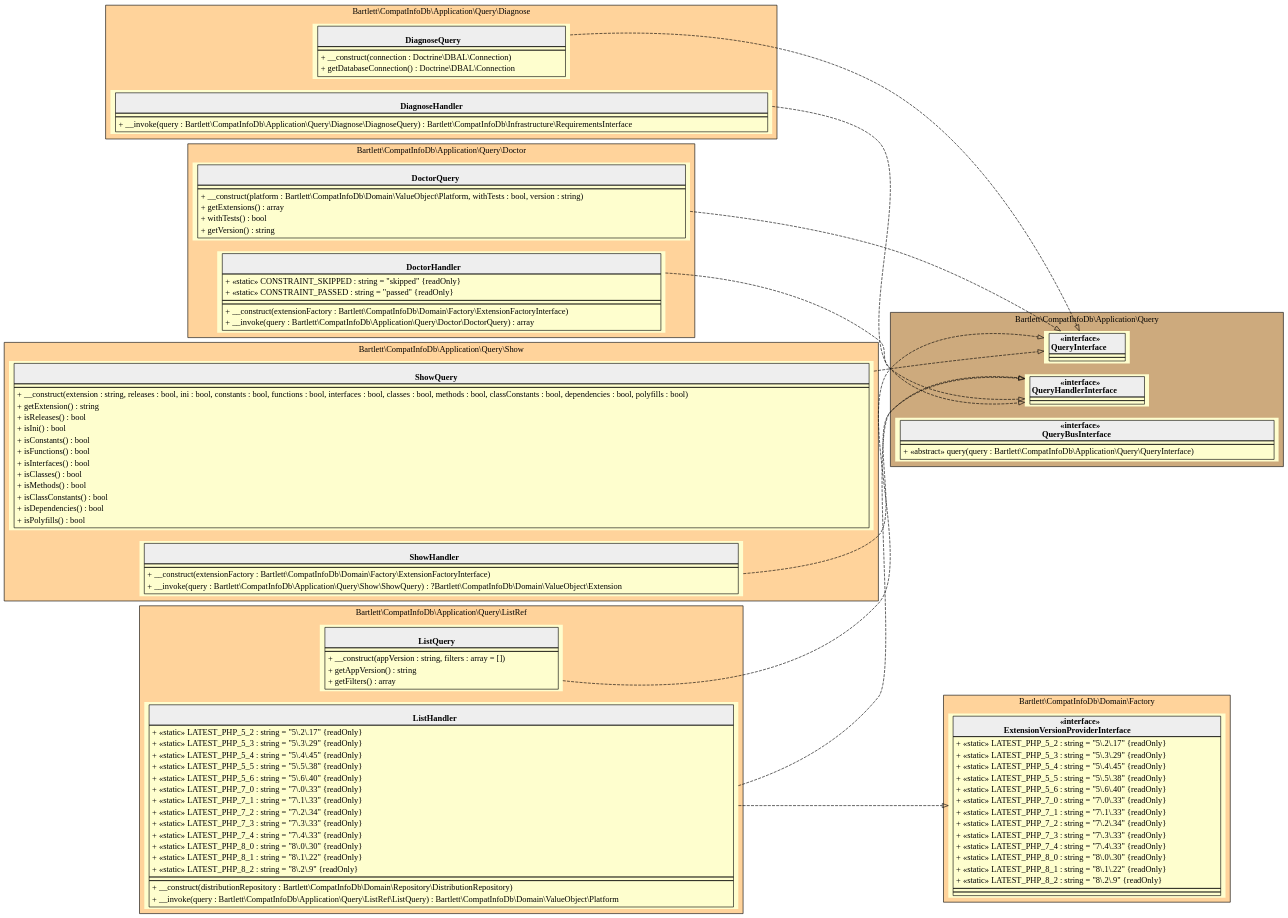
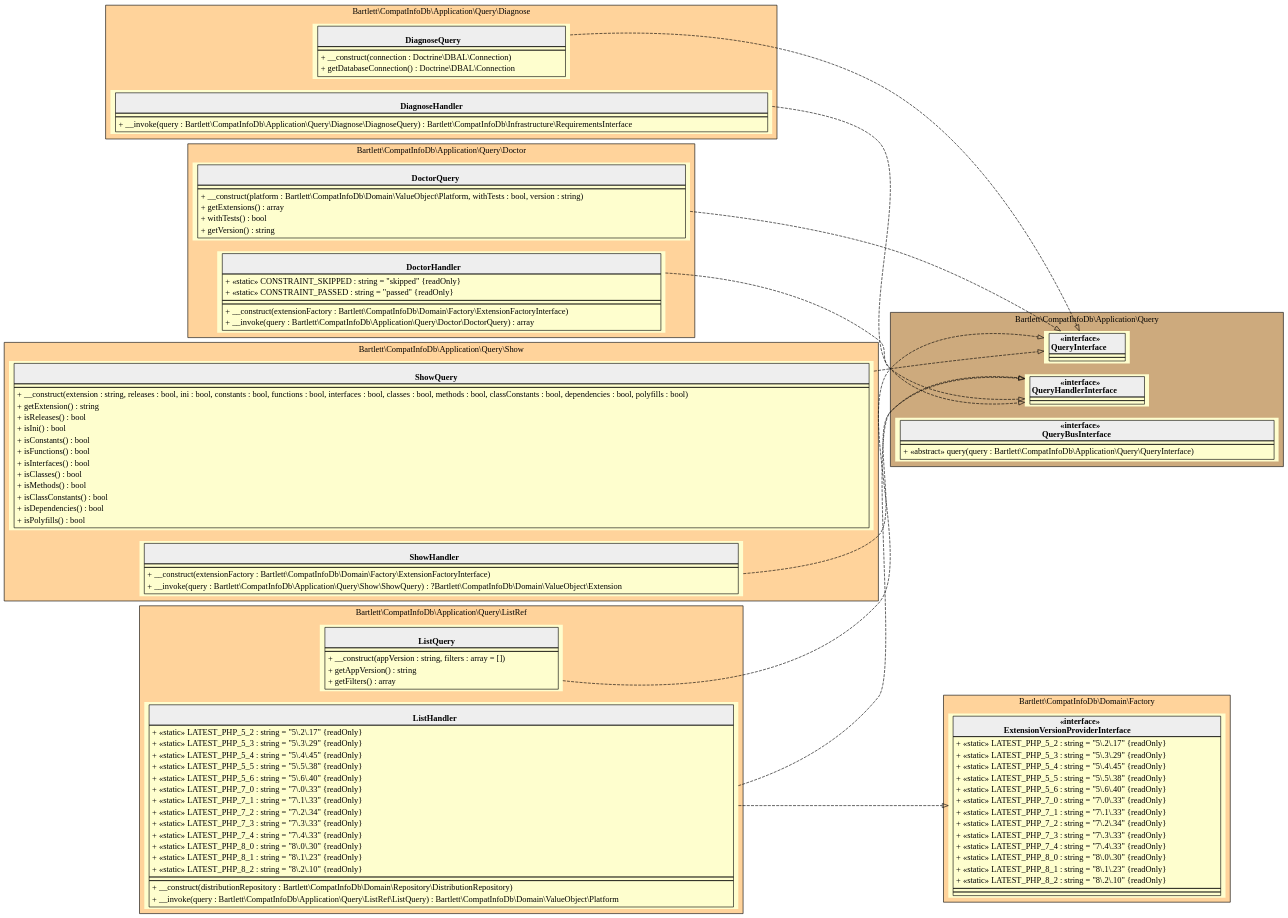
Before and after one commit to llaville/php-compatinfo-db: the diagram in 5.x/assets/images/application-query.html.gv, drawn with Graphviz. The commit also changed 30 other files, not shown here.

```diff
--- a/5.x/assets/images/application-query.html.gv
+++ b/5.x/assets/images/application-query.html.gv
@@ -1,181 +1,181 @@
 digraph {
   graph [rankdir="LR" bgcolor="transparent"]
   node [fillcolor="#FEFECE" style="filled"]
   subgraph cluster_0 {
     graph [bgcolor="burlywood1"]
     label = "Bartlett\\CompatInfoDb\\Application\\Query\\Diagnose"
     "Bartlett\\CompatInfoDb\\Application\\Query\\Diagnose\\DiagnoseQuery" [shape="none" label=<
 <table cellspacing="0" border="0" cellborder="1">
     <tr><td bgcolor="#eeeeee"><b><br/>DiagnoseQuery</b></td></tr>
     <tr><td></td></tr>
     <tr><td><table border="0" cellspacing="0" cellpadding="2">
     <tr><td align="left">+ __construct(connection : Doctrine\\DBAL\\Connection)</td></tr>
     <tr><td align="left">+ getDatabaseConnection() : Doctrine\\DBAL\\Connection</td></tr>
 </table></td></tr>
 </table>>]
     "Bartlett\\CompatInfoDb\\Application\\Query\\Diagnose\\DiagnoseHandler" [shape="none" label=<
 <table cellspacing="0" border="0" cellborder="1">
     <tr><td bgcolor="#eeeeee"><b><br/>DiagnoseHandler</b></td></tr>
     <tr><td></td></tr>
     <tr><td><table border="0" cellspacing="0" cellpadding="2">
     <tr><td align="left">+ __invoke(query : Bartlett\\CompatInfoDb\\Application\\Query\\Diagnose\\DiagnoseQuery) : Bartlett\\CompatInfoDb\\Infrastructure\\RequirementsInterface</td></tr>
 </table></td></tr>
 </table>>]
   }
   subgraph cluster_1 {
     graph [bgcolor="burlywood3"]
     label = "Bartlett\\CompatInfoDb\\Application\\Query"
     "Bartlett\\CompatInfoDb\\Application\\Query\\QueryInterface" [shape="none" label=<
 <table cellspacing="0" border="0" cellborder="1">
     <tr><td bgcolor="#eeeeee"><b>«interface»<br/>QueryInterface</b></td></tr>
     <tr><td></td></tr>
     <tr><td></td></tr>
 </table>>]
     "Bartlett\\CompatInfoDb\\Application\\Query\\QueryHandlerInterface" [shape="none" label=<
 <table cellspacing="0" border="0" cellborder="1">
     <tr><td bgcolor="#eeeeee"><b>«interface»<br/>QueryHandlerInterface</b></td></tr>
     <tr><td></td></tr>
     <tr><td></td></tr>
 </table>>]
     "Bartlett\\CompatInfoDb\\Application\\Query\\QueryBusInterface" [shape="none" label=<
 <table cellspacing="0" border="0" cellborder="1">
     <tr><td bgcolor="#eeeeee"><b>«interface»<br/>QueryBusInterface</b></td></tr>
     <tr><td></td></tr>
     <tr><td><table border="0" cellspacing="0" cellpadding="2">
     <tr><td align="left">+ «abstract» query(query : Bartlett\\CompatInfoDb\\Application\\Query\\QueryInterface)</td></tr>
 </table></td></tr>
 </table>>]
   }
   subgraph cluster_2 {
     graph [bgcolor="burlywood1"]
     label = "Bartlett\\CompatInfoDb\\Application\\Query\\Doctor"
     "Bartlett\\CompatInfoDb\\Application\\Query\\Doctor\\DoctorQuery" [shape="none" label=<
 <table cellspacing="0" border="0" cellborder="1">
     <tr><td bgcolor="#eeeeee"><b><br/>DoctorQuery</b></td></tr>
     <tr><td></td></tr>
     <tr><td><table border="0" cellspacing="0" cellpadding="2">
     <tr><td align="left">+ __construct(platform : Bartlett\\CompatInfoDb\\Domain\\ValueObject\\Platform, withTests : bool, version : string)</td></tr>
     <tr><td align="left">+ getExtensions() : array</td></tr>
     <tr><td align="left">+ withTests() : bool</td></tr>
     <tr><td align="left">+ getVersion() : string</td></tr>
 </table></td></tr>
 </table>>]
     "Bartlett\\CompatInfoDb\\Application\\Query\\Doctor\\DoctorHandler" [shape="none" label=<
 <table cellspacing="0" border="0" cellborder="1">
     <tr><td bgcolor="#eeeeee"><b><br/>DoctorHandler</b></td></tr>
     <tr><td><table border="0" cellspacing="0" cellpadding="2">
     <tr><td align="left">+ «static» CONSTRAINT_SKIPPED : string = "skipped" {readOnly}</td></tr>
     <tr><td align="left">+ «static» CONSTRAINT_PASSED : string = "passed" {readOnly}</td></tr>
 </table></td></tr>
     <tr><td></td></tr>
     <tr><td><table border="0" cellspacing="0" cellpadding="2">
     <tr><td align="left">+ __construct(extensionFactory : Bartlett\\CompatInfoDb\\Domain\\Factory\\ExtensionFactoryInterface)</td></tr>
     <tr><td align="left">+ __invoke(query : Bartlett\\CompatInfoDb\\Application\\Query\\Doctor\\DoctorQuery) : array</td></tr>
 </table></td></tr>
 </table>>]
   }
   subgraph cluster_3 {
     graph [bgcolor="burlywood1"]
     label = "Bartlett\\CompatInfoDb\\Application\\Query\\ListRef"
     "Bartlett\\CompatInfoDb\\Application\\Query\\ListRef\\ListQuery" [shape="none" label=<
 <table cellspacing="0" border="0" cellborder="1">
     <tr><td bgcolor="#eeeeee"><b><br/>ListQuery</b></td></tr>
     <tr><td></td></tr>
     <tr><td><table border="0" cellspacing="0" cellpadding="2">
     <tr><td align="left">+ __construct(appVersion : string, filters : array = [])</td></tr>
     <tr><td align="left">+ getAppVersion() : string</td></tr>
     <tr><td align="left">+ getFilters() : array</td></tr>
 </table></td></tr>
 </table>>]
     "Bartlett\\CompatInfoDb\\Application\\Query\\ListRef\\ListHandler" [shape="none" label=<
 <table cellspacing="0" border="0" cellborder="1">
     <tr><td bgcolor="#eeeeee"><b><br/>ListHandler</b></td></tr>
     <tr><td><table border="0" cellspacing="0" cellpadding="2">
     <tr><td align="left">+ «static» LATEST_PHP_5_2 : string = "5\.2\.17" {readOnly}</td></tr>
     <tr><td align="left">+ «static» LATEST_PHP_5_3 : string = "5\.3\.29" {readOnly}</td></tr>
     <tr><td align="left">+ «static» LATEST_PHP_5_4 : string = "5\.4\.45" {readOnly}</td></tr>
     <tr><td align="left">+ «static» LATEST_PHP_5_5 : string = "5\.5\.38" {readOnly}</td></tr>
     <tr><td align="left">+ «static» LATEST_PHP_5_6 : string = "5\.6\.40" {readOnly}</td></tr>
     <tr><td align="left">+ «static» LATEST_PHP_7_0 : string = "7\.0\.33" {readOnly}</td></tr>
     <tr><td align="left">+ «static» LATEST_PHP_7_1 : string = "7\.1\.33" {readOnly}</td></tr>
     <tr><td align="left">+ «static» LATEST_PHP_7_2 : string = "7\.2\.34" {readOnly}</td></tr>
     <tr><td align="left">+ «static» LATEST_PHP_7_3 : string = "7\.3\.33" {readOnly}</td></tr>
     <tr><td align="left">+ «static» LATEST_PHP_7_4 : string = "7\.4\.33" {readOnly}</td></tr>
     <tr><td align="left">+ «static» LATEST_PHP_8_0 : string = "8\.0\.30" {readOnly}</td></tr>
-    <tr><td align="left">+ «static» LATEST_PHP_8_1 : string = "8\.1\.22" {readOnly}</td></tr>
-    <tr><td align="left">+ «static» LATEST_PHP_8_2 : string = "8\.2\.9" {readOnly}</td></tr>
+    <tr><td align="left">+ «static» LATEST_PHP_8_1 : string = "8\.1\.23" {readOnly}</td></tr>
+    <tr><td align="left">+ «static» LATEST_PHP_8_2 : string = "8\.2\.10" {readOnly}</td></tr>
 </table></td></tr>
     <tr><td></td></tr>
     <tr><td><table border="0" cellspacing="0" cellpadding="2">
     <tr><td align="left">+ __construct(distributionRepository : Bartlett\\CompatInfoDb\\Domain\\Repository\\DistributionRepository)</td></tr>
     <tr><td align="left">+ __invoke(query : Bartlett\\CompatInfoDb\\Application\\Query\\ListRef\\ListQuery) : Bartlett\\CompatInfoDb\\Domain\\ValueObject\\Platform</td></tr>
 </table></td></tr>
 </table>>]
   }
   subgraph cluster_4 {
     graph [bgcolor="burlywood1"]
     label = "Bartlett\\CompatInfoDb\\Domain\\Factory"
     "Bartlett\\CompatInfoDb\\Domain\\Factory\\ExtensionVersionProviderInterface" [shape="none" label=<
 <table cellspacing="0" border="0" cellborder="1">
     <tr><td bgcolor="#eeeeee"><b>«interface»<br/>ExtensionVersionProviderInterface</b></td></tr>
     <tr><td><table border="0" cellspacing="0" cellpadding="2">
     <tr><td align="left">+ «static» LATEST_PHP_5_2 : string = "5\.2\.17" {readOnly}</td></tr>
     <tr><td align="left">+ «static» LATEST_PHP_5_3 : string = "5\.3\.29" {readOnly}</td></tr>
     <tr><td align="left">+ «static» LATEST_PHP_5_4 : string = "5\.4\.45" {readOnly}</td></tr>
     <tr><td align="left">+ «static» LATEST_PHP_5_5 : string = "5\.5\.38" {readOnly}</td></tr>
     <tr><td align="left">+ «static» LATEST_PHP_5_6 : string = "5\.6\.40" {readOnly}</td></tr>
     <tr><td align="left">+ «static» LATEST_PHP_7_0 : string = "7\.0\.33" {readOnly}</td></tr>
     <tr><td align="left">+ «static» LATEST_PHP_7_1 : string = "7\.1\.33" {readOnly}</td></tr>
     <tr><td align="left">+ «static» LATEST_PHP_7_2 : string = "7\.2\.34" {readOnly}</td></tr>
     <tr><td align="left">+ «static» LATEST_PHP_7_3 : string = "7\.3\.33" {readOnly}</td></tr>
     <tr><td align="left">+ «static» LATEST_PHP_7_4 : string = "7\.4\.33" {readOnly}</td></tr>
     <tr><td align="left">+ «static» LATEST_PHP_8_0 : string = "8\.0\.30" {readOnly}</td></tr>
-    <tr><td align="left">+ «static» LATEST_PHP_8_1 : string = "8\.1\.22" {readOnly}</td></tr>
-    <tr><td align="left">+ «static» LATEST_PHP_8_2 : string = "8\.2\.9" {readOnly}</td></tr>
+    <tr><td align="left">+ «static» LATEST_PHP_8_1 : string = "8\.1\.23" {readOnly}</td></tr>
+    <tr><td align="left">+ «static» LATEST_PHP_8_2 : string = "8\.2\.10" {readOnly}</td></tr>
 </table></td></tr>
     <tr><td></td></tr>
     <tr><td></td></tr>
 </table>>]
   }
   subgraph cluster_5 {
     graph [bgcolor="burlywood1"]
     label = "Bartlett\\CompatInfoDb\\Application\\Query\\Show"
     "Bartlett\\CompatInfoDb\\Application\\Query\\Show\\ShowQuery" [shape="none" label=<
 <table cellspacing="0" border="0" cellborder="1">
     <tr><td bgcolor="#eeeeee"><b><br/>ShowQuery</b></td></tr>
     <tr><td></td></tr>
     <tr><td><table border="0" cellspacing="0" cellpadding="2">
     <tr><td align="left">+ __construct(extension : string, releases : bool, ini : bool, constants : bool, functions : bool, interfaces : bool, classes : bool, methods : bool, classConstants : bool, dependencies : bool, polyfills : bool)</td></tr>
     <tr><td align="left">+ getExtension() : string</td></tr>
     <tr><td align="left">+ isReleases() : bool</td></tr>
     <tr><td align="left">+ isIni() : bool</td></tr>
     <tr><td align="left">+ isConstants() : bool</td></tr>
     <tr><td align="left">+ isFunctions() : bool</td></tr>
     <tr><td align="left">+ isInterfaces() : bool</td></tr>
     <tr><td align="left">+ isClasses() : bool</td></tr>
     <tr><td align="left">+ isMethods() : bool</td></tr>
     <tr><td align="left">+ isClassConstants() : bool</td></tr>
     <tr><td align="left">+ isDependencies() : bool</td></tr>
     <tr><td align="left">+ isPolyfills() : bool</td></tr>
 </table></td></tr>
 </table>>]
     "Bartlett\\CompatInfoDb\\Application\\Query\\Show\\ShowHandler" [shape="none" label=<
 <table cellspacing="0" border="0" cellborder="1">
     <tr><td bgcolor="#eeeeee"><b><br/>ShowHandler</b></td></tr>
     <tr><td></td></tr>
     <tr><td><table border="0" cellspacing="0" cellpadding="2">
     <tr><td align="left">+ __construct(extensionFactory : Bartlett\\CompatInfoDb\\Domain\\Factory\\ExtensionFactoryInterface)</td></tr>
     <tr><td align="left">+ __invoke(query : Bartlett\\CompatInfoDb\\Application\\Query\\Show\\ShowQuery) : ?Bartlett\\CompatInfoDb\\Domain\\ValueObject\\Extension</td></tr>
 </table></td></tr>
 </table>>]
   }
   "Bartlett\\CompatInfoDb\\Application\\Query\\Diagnose\\DiagnoseQuery" -> "Bartlett\\CompatInfoDb\\Application\\Query\\QueryInterface" [arrowhead="empty" style="dashed"]
   "Bartlett\\CompatInfoDb\\Application\\Query\\Diagnose\\DiagnoseHandler" -> "Bartlett\\CompatInfoDb\\Application\\Query\\QueryHandlerInterface" [arrowhead="empty" style="dashed"]
   "Bartlett\\CompatInfoDb\\Application\\Query\\Doctor\\DoctorQuery" -> "Bartlett\\CompatInfoDb\\Application\\Query\\QueryInterface" [arrowhead="empty" style="dashed"]
   "Bartlett\\CompatInfoDb\\Application\\Query\\Doctor\\DoctorHandler" -> "Bartlett\\CompatInfoDb\\Application\\Query\\QueryHandlerInterface" [arrowhead="empty" style="dashed"]
   "Bartlett\\CompatInfoDb\\Application\\Query\\ListRef\\ListQuery" -> "Bartlett\\CompatInfoDb\\Application\\Query\\QueryInterface" [arrowhead="empty" style="dashed"]
   "Bartlett\\CompatInfoDb\\Application\\Query\\ListRef\\ListHandler" -> "Bartlett\\CompatInfoDb\\Application\\Query\\QueryHandlerInterface" [arrowhead="empty" style="dashed"]
   "Bartlett\\CompatInfoDb\\Application\\Query\\ListRef\\ListHandler" -> "Bartlett\\CompatInfoDb\\Domain\\Factory\\ExtensionVersionProviderInterface" [arrowhead="empty" style="dashed"]
   "Bartlett\\CompatInfoDb\\Application\\Query\\Show\\ShowQuery" -> "Bartlett\\CompatInfoDb\\Application\\Query\\QueryInterface" [arrowhead="empty" style="dashed"]
   "Bartlett\\CompatInfoDb\\Application\\Query\\Show\\ShowHandler" -> "Bartlett\\CompatInfoDb\\Application\\Query\\QueryHandlerInterface" [arrowhead="empty" style="dashed"]
 }
```
